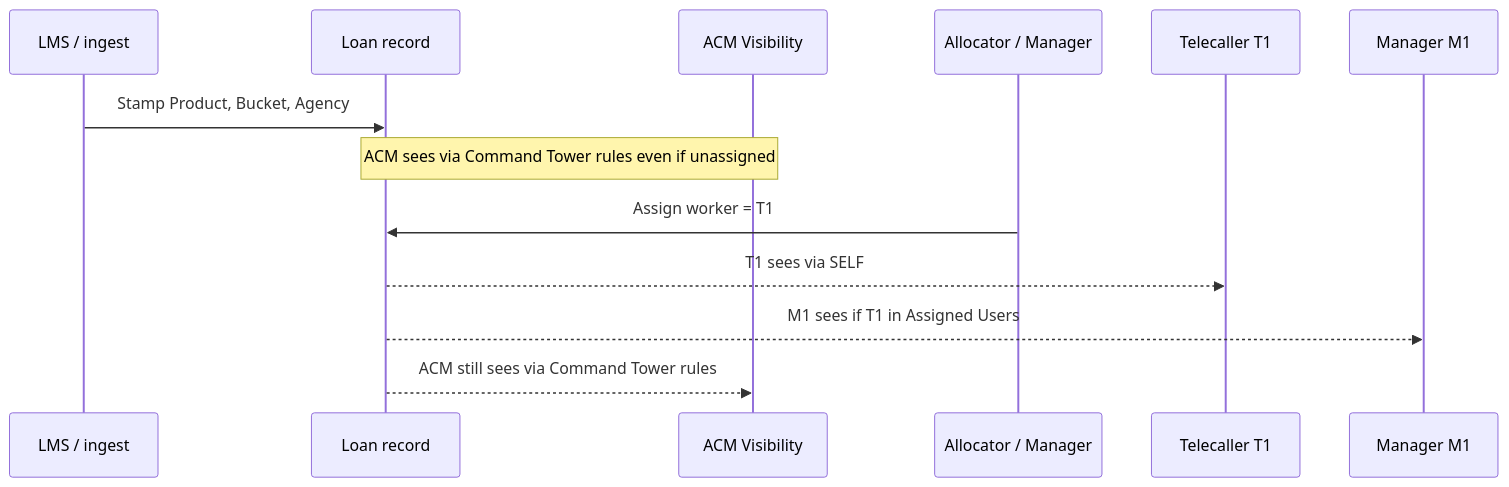
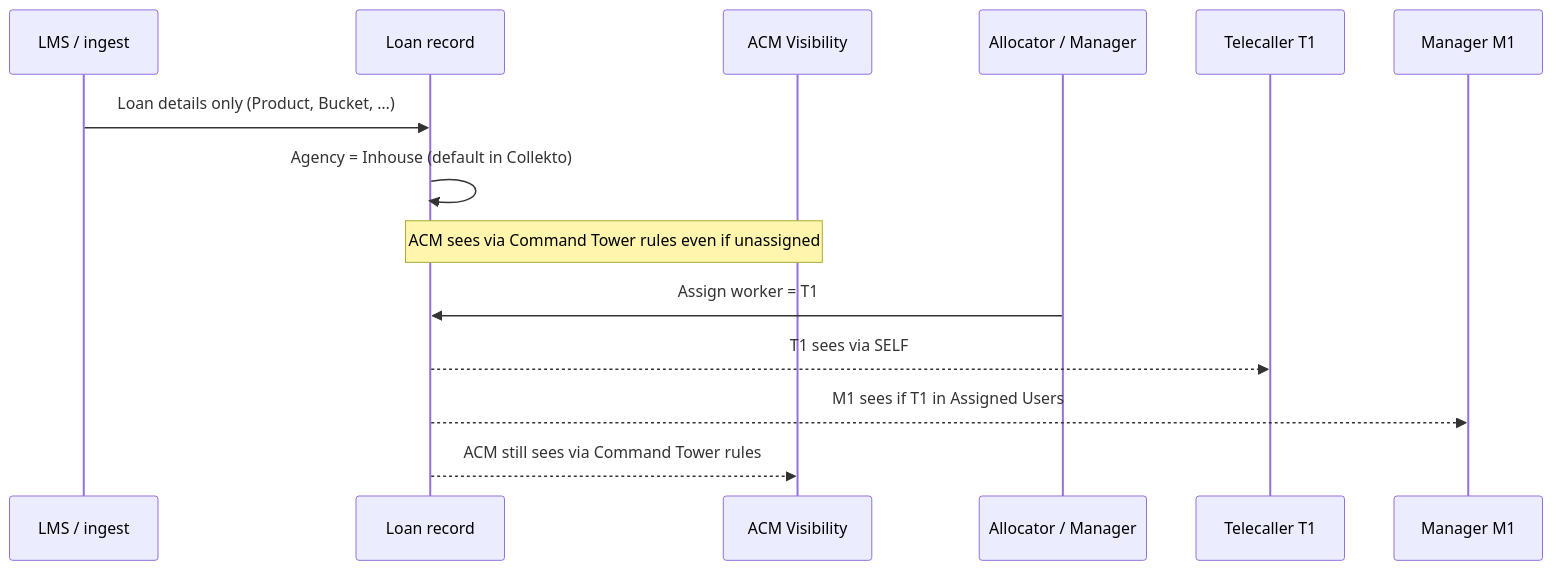
One commit to shubhamgrayopus/collekto-hierarchy-solution changed the fourth of 14 diagrams in Collekto-AuthZ-Visibility-Impact-Understanding.md. Above: the diagram before and after it, drawn with Mermaid. The commit also changed other lines of this file and 2 other files, not shown here.

Commit message:
Clarify LMS is loan details only; Agency defaults to Inhouse with a future Agency Allocation page.

````diff
--- a/Collekto-AuthZ-Visibility-Impact-Understanding.md
+++ b/Collekto-AuthZ-Visibility-Impact-Understanding.md
@@ -87,15 +87,16 @@
 ```mermaid
 sequenceDiagram
   participant LMS as LMS / ingest
   participant Loan as Loan record
   participant ACM as ACM Visibility
   participant Alloc as Allocator / Manager
   participant T1 as Telecaller T1
   participant M1 as Manager M1
-  LMS->>Loan: Stamp Product, Bucket, Agency
+  LMS->>Loan: Loan details only (Product, Bucket, …)
+  Loan->>Loan: Agency = Inhouse (default in Collekto)
   Note over ACM,Loan: ACM sees via Command Tower rules even if unassigned
   Alloc->>Loan: Assign worker = T1
   Loan-->>T1: T1 sees via SELF
   Loan-->>M1: M1 sees if T1 in Assigned Users
   Loan-->>ACM: ACM still sees via Command Tower rules
 ```
````
